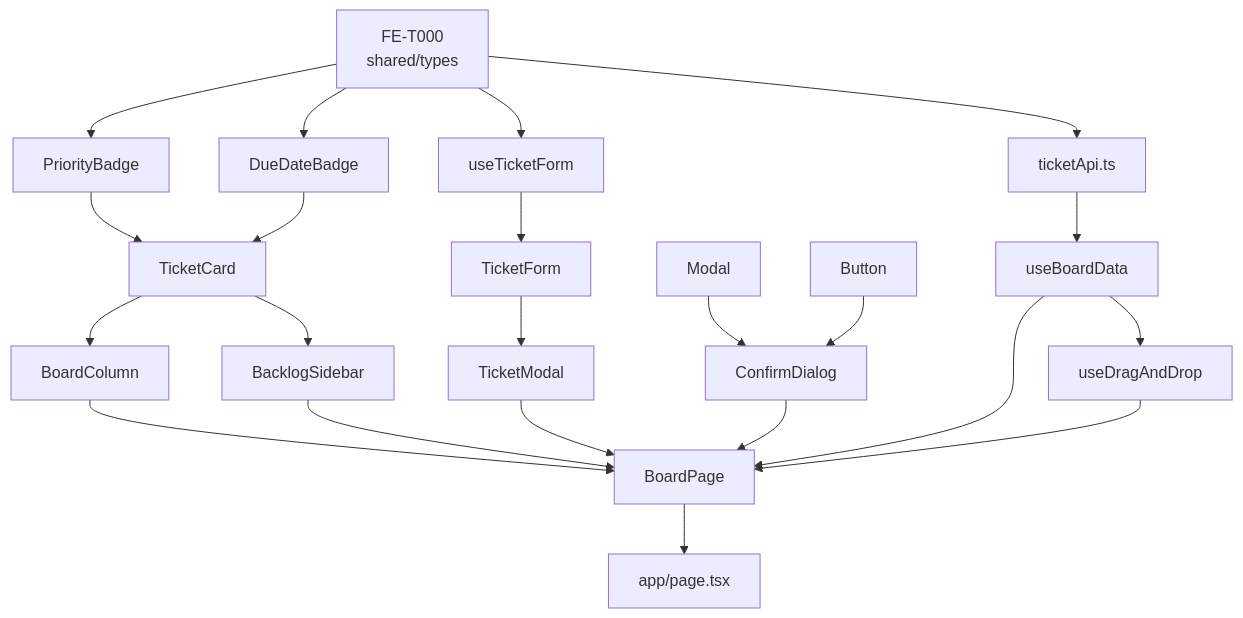
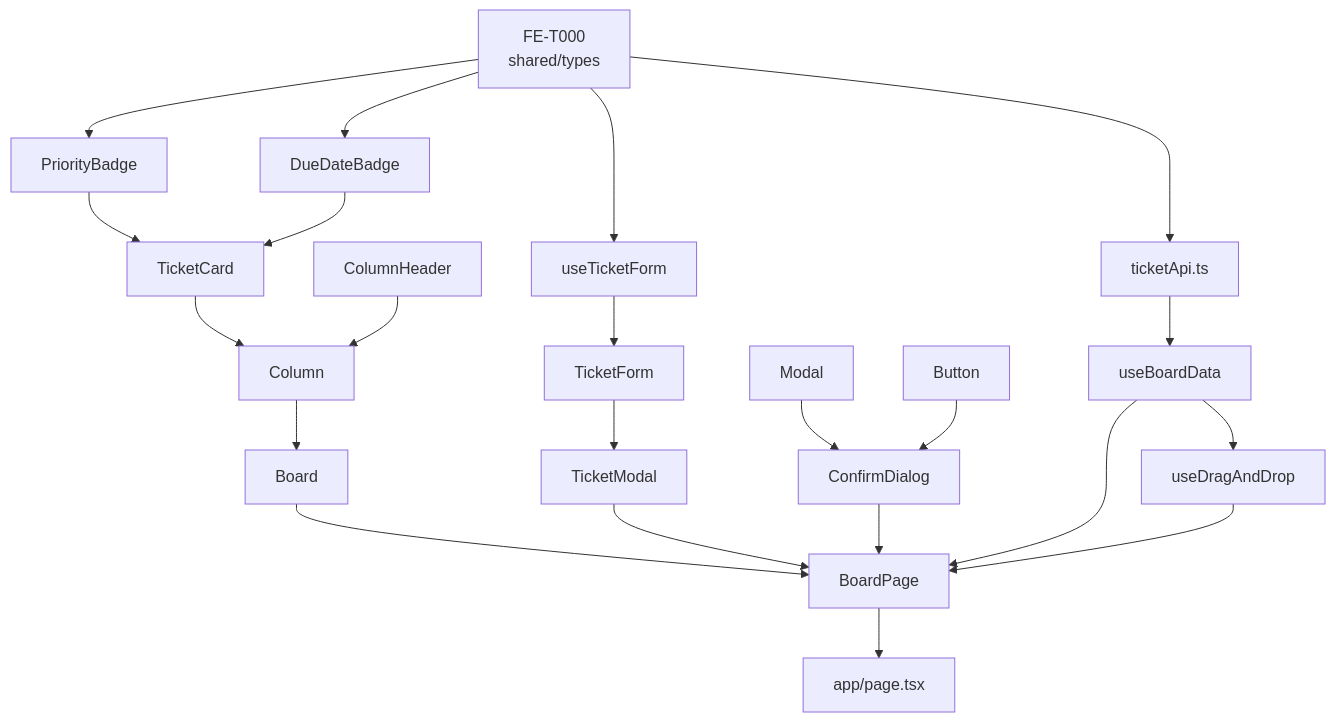
Before and after one commit to sumin-hwang/ClaudeCodeMaster_Tika: the diagram in Tika/docs/FRONTEND_TASKS.md, drawn with Mermaid. The commit also changed other lines of this file and 18 other files, not shown here.

````diff
--- a/Tika/docs/FRONTEND_TASKS.md
+++ b/Tika/docs/FRONTEND_TASKS.md
@@ -24,31 +24,31 @@
 ```mermaid
 graph TD
   types["FE-T000<br/>shared/types"] --> api["ticketApi.ts"]
   types --> PriorityBadge
   types --> DueDateBadge
   types --> useTicketForm
 
   Modal --> ConfirmDialog
   Button --> ConfirmDialog
 
   api --> useBoardData
   useBoardData --> useDragAndDrop
 
   PriorityBadge --> TicketCard
   DueDateBadge --> TicketCard
 
-  TicketCard --> BoardColumn
-  TicketCard --> BacklogSidebar
+  TicketCard --> Column
+  ColumnHeader --> Column
+  Column --> Board
 
   useTicketForm --> TicketForm
   TicketForm --> TicketModal
 
-  BoardColumn --> BoardPage
-  BacklogSidebar --> BoardPage
+  Board --> BoardPage
   TicketModal --> BoardPage
   ConfirmDialog --> BoardPage
   useBoardData --> BoardPage
   useDragAndDrop --> BoardPage
 
   BoardPage --> page["app/page.tsx"]
 ```
````
